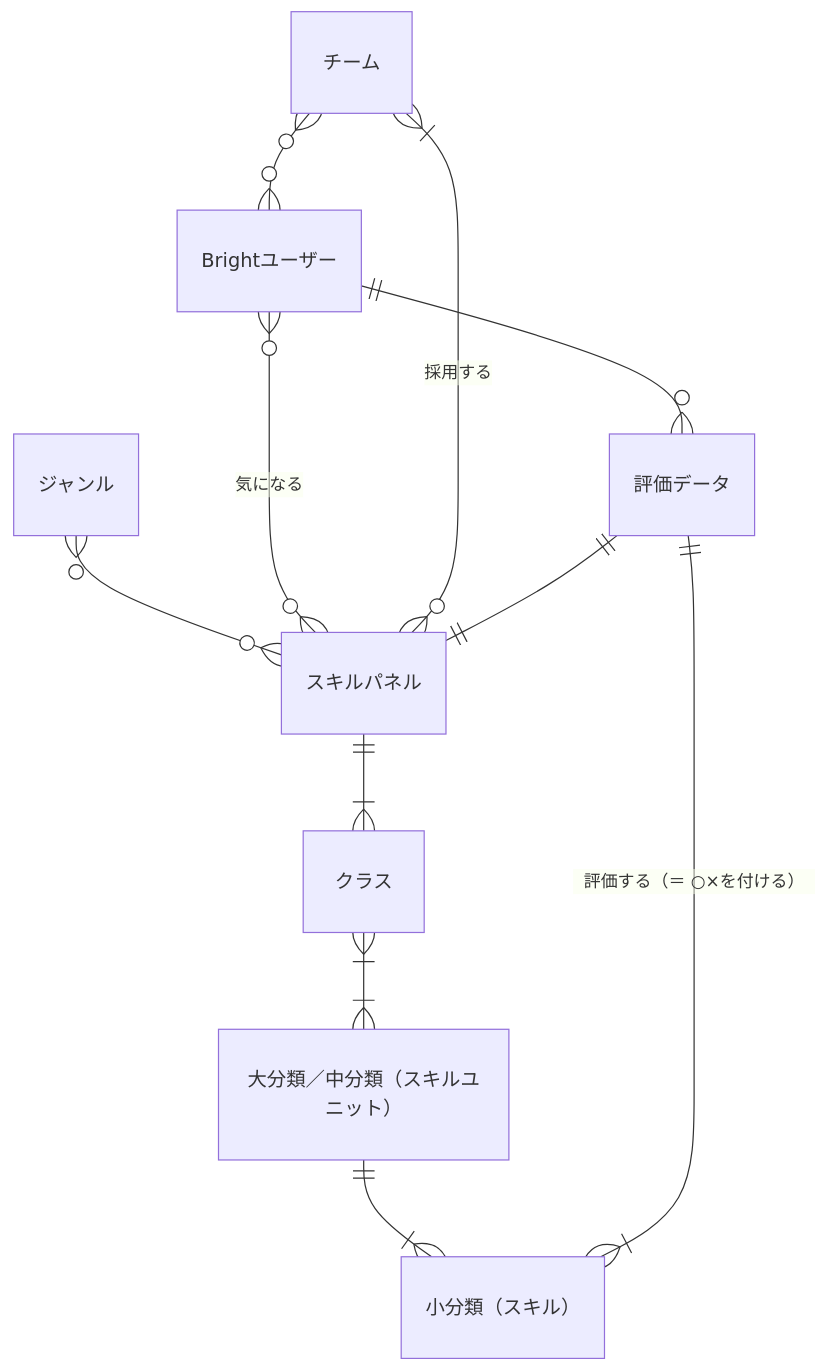
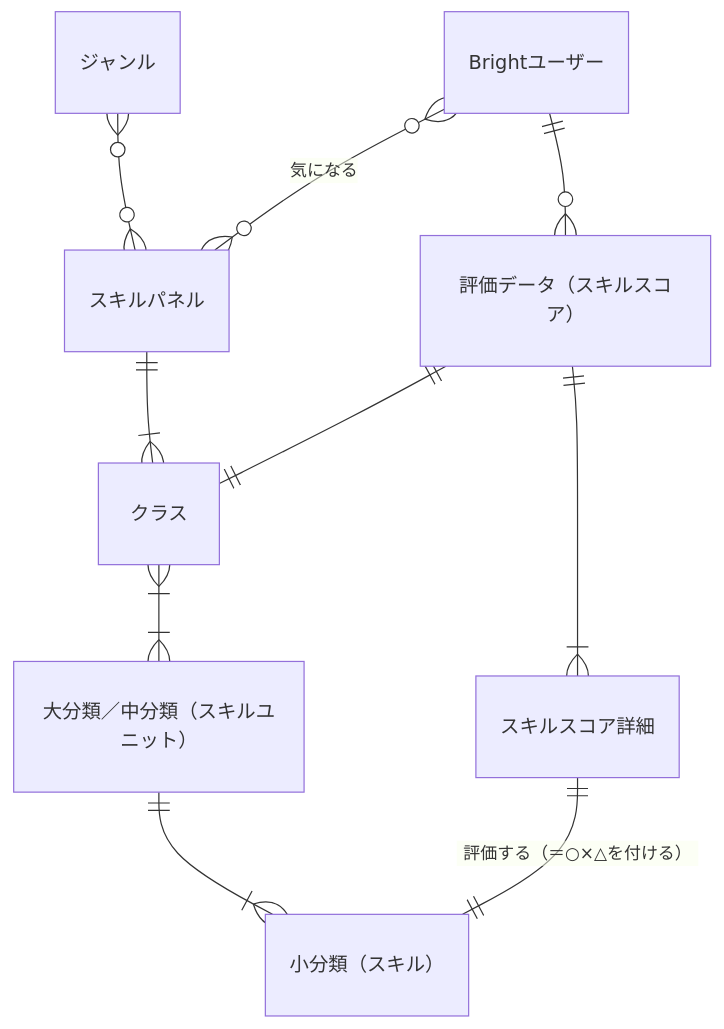
The diagram in docs/conceptual_schemas/skills.md (bright-org/bright), drawn with Mermaid before and after one commit. The commit also changed other lines of this file, not shown here.

Commit message:
docs: fix conceptual schema for skills

````diff
--- a/docs/conceptual_schemas/skills.md
+++ b/docs/conceptual_schemas/skills.md
@@ -19,13 +18,12 @@
 ```mermaid
 erDiagram
   "スキルパネル" ||--|{ "クラス" : ""
   "クラス" }|--|{ "大分類／中分類（スキルユニット）" : ""
   "大分類／中分類（スキルユニット）" ||--|{ "小分類（スキル）" : ""
   "ジャンル" }o--o{ "スキルパネル" : ""
   "Brightユーザー" }o--o{ "スキルパネル" : "気になる"
-  "Brightユーザー" ||--o{ "評価データ" : ""
-  "チーム" }o--o{ "Brightユーザー" : ""
-  "チーム" }|--o{ "スキルパネル" : "採用する"
-  "評価データ" ||--|| "スキルパネル" : ""
-  "評価データ" ||--|{ "小分類（スキル）" : "評価する（＝ ○×を付ける）"
+  "Brightユーザー" ||--o{ "評価データ（スキルスコア）" : ""
+  "評価データ（スキルスコア）" ||--|| "クラス" : ""
+  "評価データ（スキルスコア）" ||--|{ "スキルスコア詳細" : ""
+  "スキルスコア詳細" ||--||  "小分類（スキル）" : "評価する（＝○×△を付ける）"
 ```
````
